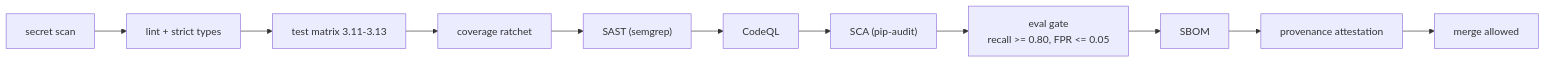
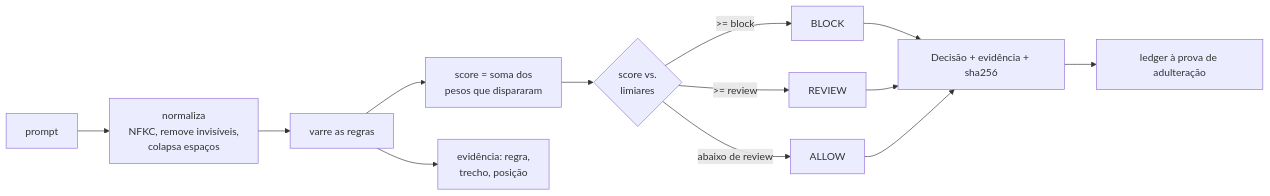
The diagram in README.md (JulianoVinceCampos/shomer-gate), drawn with Mermaid before and after one commit. The commit also changed other lines of this file and 5 other files, not shown here.

````diff
--- a/README.md
+++ b/README.md
@@ -116,13 +91,15 @@
 ```mermaid
 flowchart LR
-  A["secret scan"] --> B["lint + strict types"]
-  B --> C["test matrix 3.11-3.13"]
-  C --> D["coverage ratchet"]
-  D --> E["SAST (semgrep)"]
-  E --> F["CodeQL"]
-  F --> G["SCA (pip-audit)"]
-  G --> H["eval gate<br/>recall >= 0.80, FPR <= 0.05"]
-  H --> I["SBOM"]
-  I --> J["provenance attestation"]
-  J --> K["merge allowed"]
+  IN["prompt"] --> N["normaliza<br/>NFKC, remove invisíveis,<br/>colapsa espaços"]
+  N --> S["varre as regras"]
+  S --> SC["score = soma dos<br/>pesos que dispararam"]
+  SC --> V{"score vs.<br/>limiares"}
+  V -->|">= block"| B["BLOCK"]
+  V -->|">= review"| R["REVIEW"]
+  V -->|"abaixo de review"| A["ALLOW"]
+  S --> E["evidência: regra,<br/>trecho, posição"]
+  B --> D["Decisão + evidência + sha256"]
+  R --> D
+  A --> D
+  D --> L["ledger à prova de adulteração"]
 ```
````
